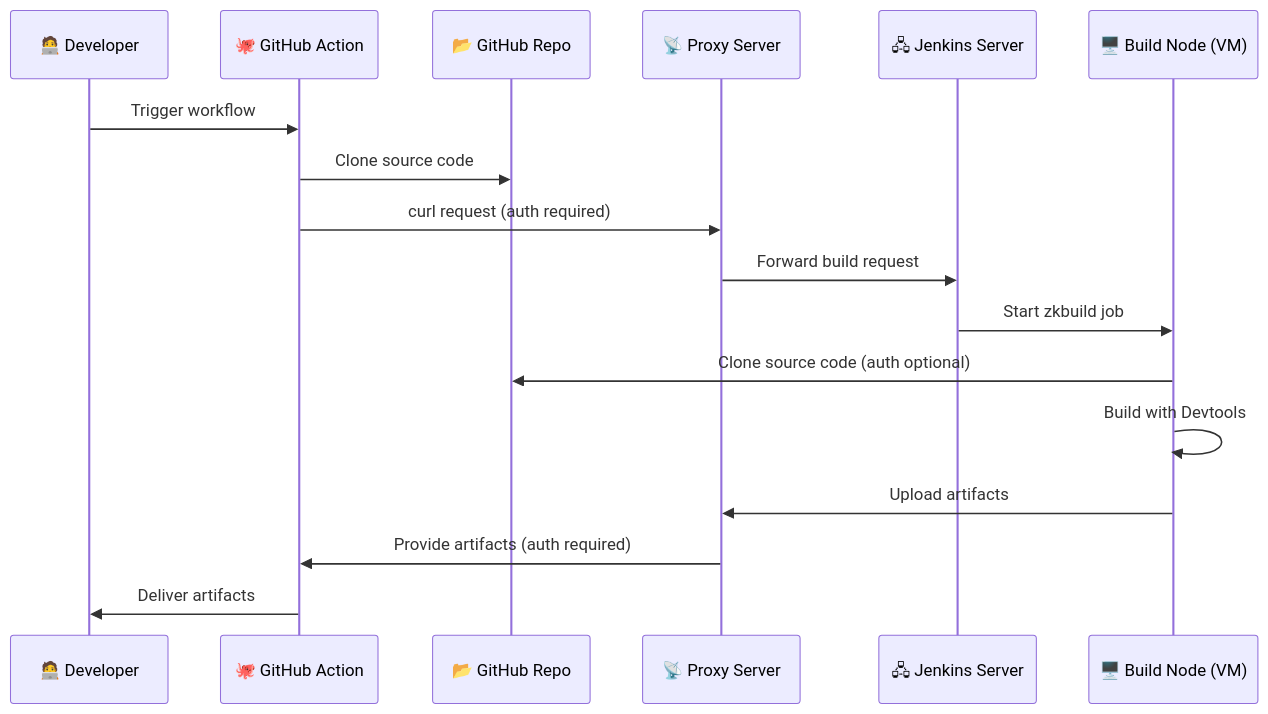
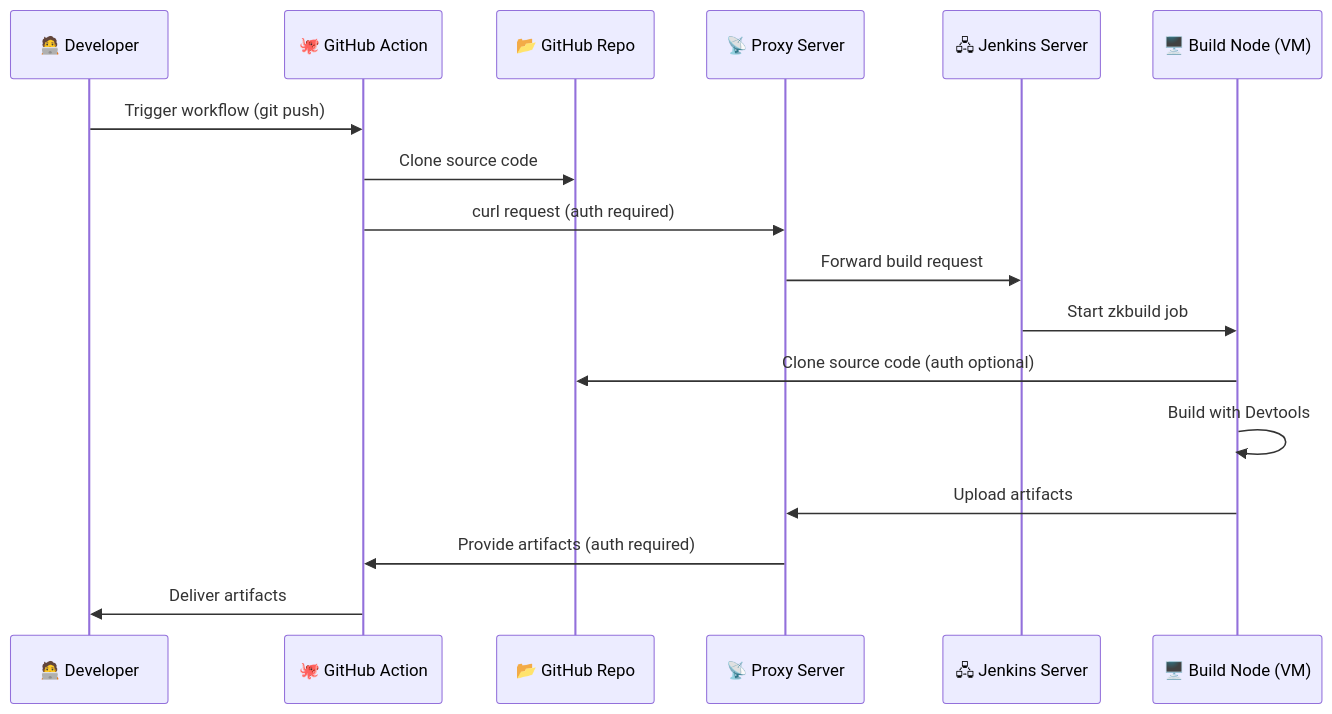
The diagram in README.md (Zeugwerk/Demo-Twincat-Application-CI), drawn with Mermaid before and after one commit. The commit also changed other lines of this file, not shown here.

````diff
--- a/README.md
+++ b/README.md
@@ -14,20 +31,20 @@
 ```mermaid
 sequenceDiagram
     participant U as 🧑‍💻 Developer
     participant GH as 🐙 GitHub Action
     participant R as 📂 GitHub Repo
     participant PS as 📡 Proxy Server
     participant J as 🖧 Jenkins Server
     participant BN as 🖥️ Build Node (VM)
 
-    U->>GH: Trigger workflow
+    U->>GH: Trigger workflow (git push)
     GH->>R: Clone source code
     GH->>PS: curl request (auth required)
     PS->>J: Forward build request
     J->>BN: Start zkbuild job
     BN->>R: Clone source code (auth optional)
     BN->>BN: Build with Devtools
     BN->>PS: Upload artifacts
     PS->>GH: Provide artifacts (auth required)
     GH->>U: Deliver artifacts
 ```
````
